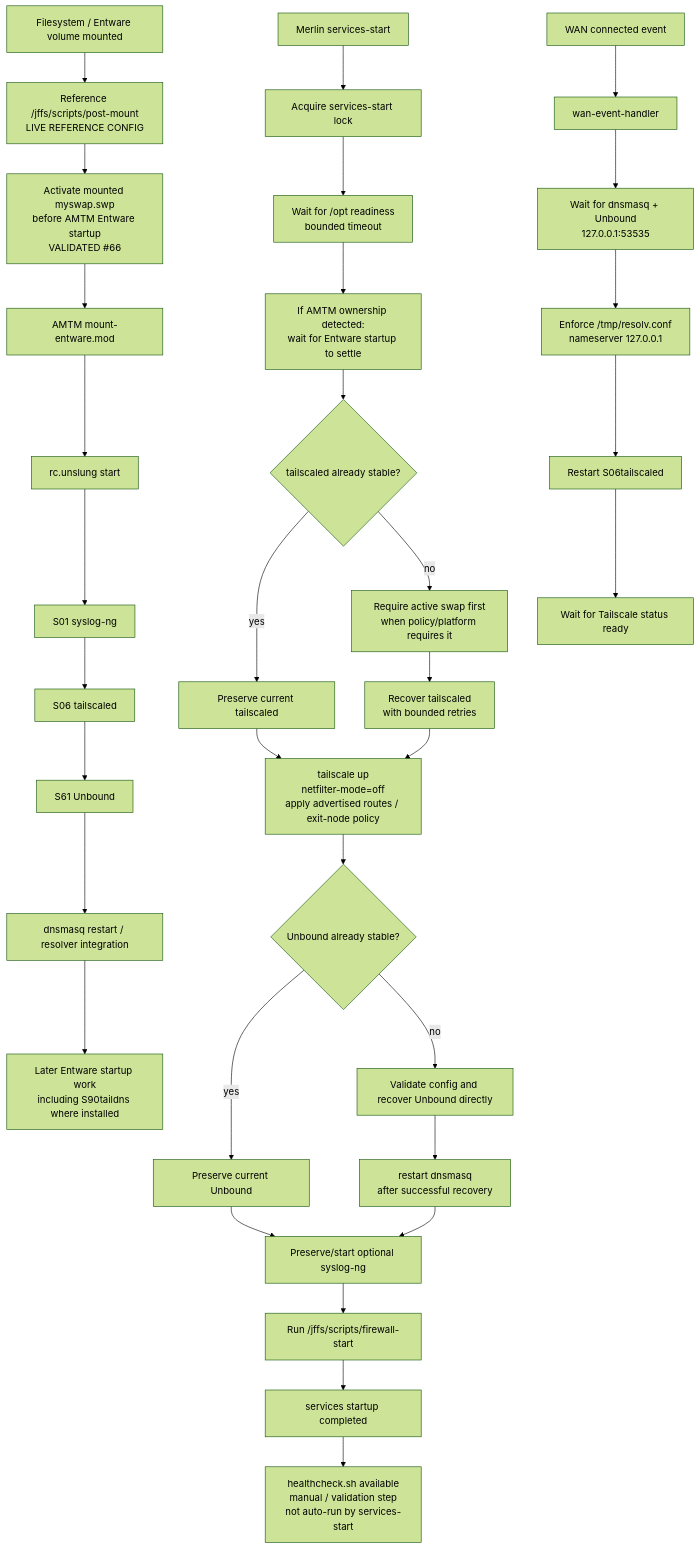
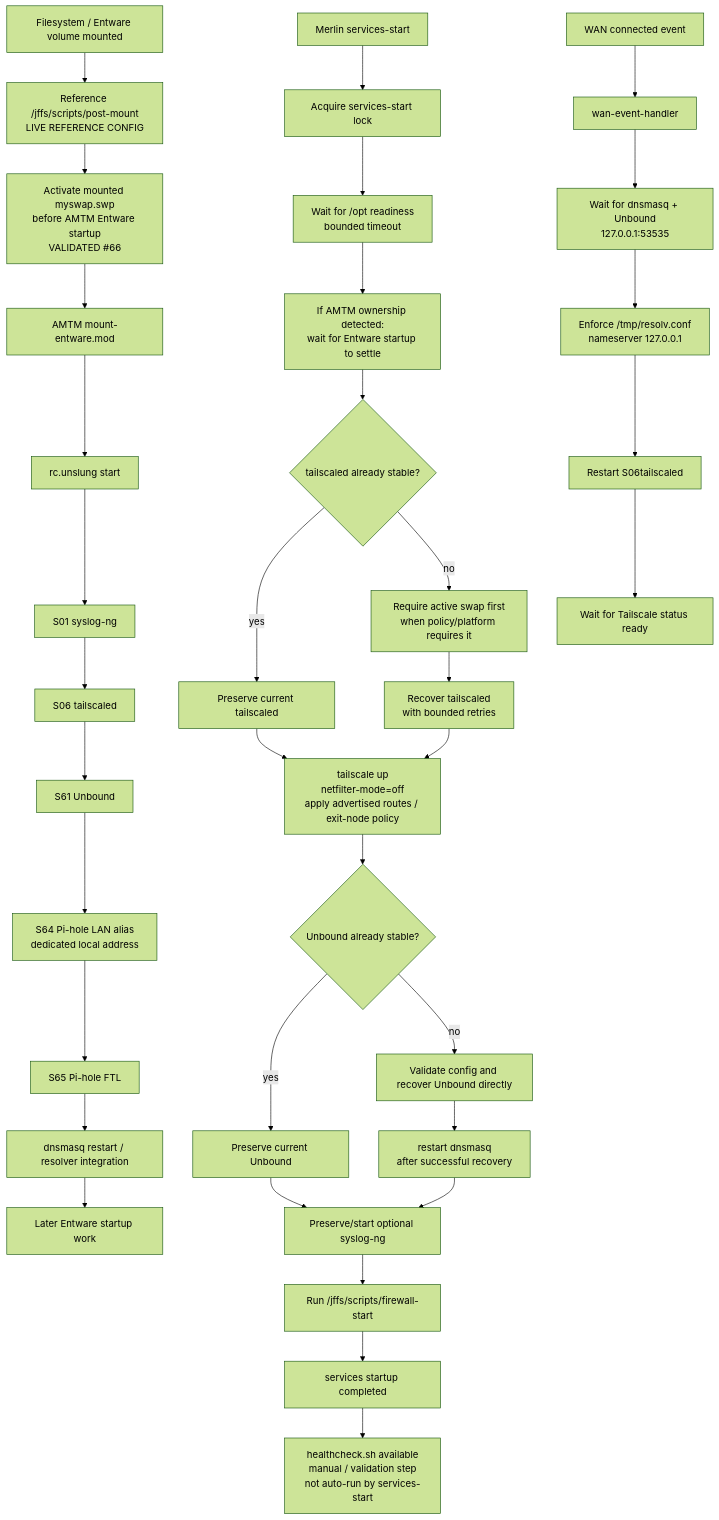
Before and after one commit to wojko6/Advanced-ASUS-Edge-Gateway-ZTNA-Infrastructure: the diagram in docs/architecture/boot-service-dependency-flow.md, drawn with Mermaid (forest theme). The commit also changed other lines of this file, not shown here.

Commit message:
docs: include Pi-hole and swap regression in boot flow

````diff
--- a/docs/architecture/boot-service-dependency-flow.md
+++ b/docs/architecture/boot-service-dependency-flow.md
@@ -7,37 +7,39 @@
 ```mermaid
 flowchart TD
     B["Filesystem / Entware volume mounted"] --> PM["Reference /jffs/scripts/post-mount<br/>LIVE REFERENCE CONFIG"]
     PM --> PS["Activate mounted myswap.swp<br/>before AMTM Entware startup<br/>VALIDATED #66"]
     PS --> AM["AMTM mount-entware.mod"]
     AM --> RC["rc.unslung start"]
     RC --> S1["S01 syslog-ng"]
     S1 --> S6["S06 tailscaled"]
     S6 --> S61["S61 Unbound"]
-    S61 --> DM["dnsmasq restart / resolver integration"]
-    DM --> S90["Later Entware startup work<br/>including S90taildns where installed"]
+    S61 --> S64["S64 Pi-hole LAN alias<br/>dedicated local address"]
+    S64 --> S65["S65 Pi-hole FTL"]
+    S65 --> DM["dnsmasq restart / resolver integration"]
+    DM --> SLATE["Later Entware startup work"]
 
     MS["Merlin services-start"] --> LK["Acquire services-start lock"]
     LK --> OP["Wait for /opt readiness<br/>bounded timeout"]
     OP --> AS["If AMTM ownership detected:<br/>wait for Entware startup to settle"]
     AS --> TC{"tailscaled already stable?"}
     TC -->|"yes"| TP["Preserve current tailscaled"]
     TC -->|"no"| SW["Require active swap first<br/>when policy/platform requires it"]
     SW --> TR["Recover tailscaled<br/>with bounded retries"]
     TP --> UP["tailscale up<br/>netfilter-mode=off<br/>apply advertised routes / exit-node policy"]
     TR --> UP
     UP --> UB{"Unbound already stable?"}
     UB -->|"yes"| UK["Preserve current Unbound"]
     UB -->|"no"| UR["Validate config and recover Unbound directly"]
     UR --> RD["restart dnsmasq<br/>after successful recovery"]
     UK --> SL["Preserve/start optional syslog-ng"]
     RD --> SL
     SL --> FW["Run /jffs/scripts/firewall-start"]
     FW --> OK["services startup completed"]
     OK --> HC["healthcheck.sh available<br/>manual / validation step<br/>not auto-run by services-start"]
 
     WE["WAN connected event"] --> WH["wan-event-handler"]
     WH --> WD["Wait for dnsmasq + Unbound<br/>127.0.0.1:53535"]
     WD --> SR["Enforce /tmp/resolv.conf<br/>nameserver 127.0.0.1"]
     SR --> RT["Restart S06tailscaled"]
     RT --> RR["Wait for Tailscale status ready"]
 ```
````
